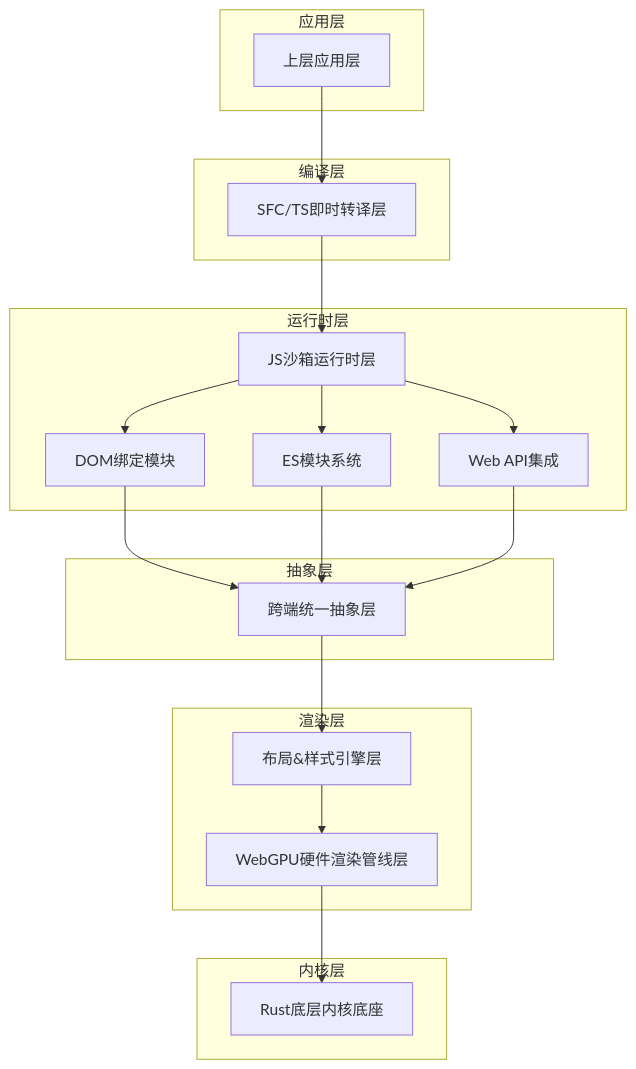
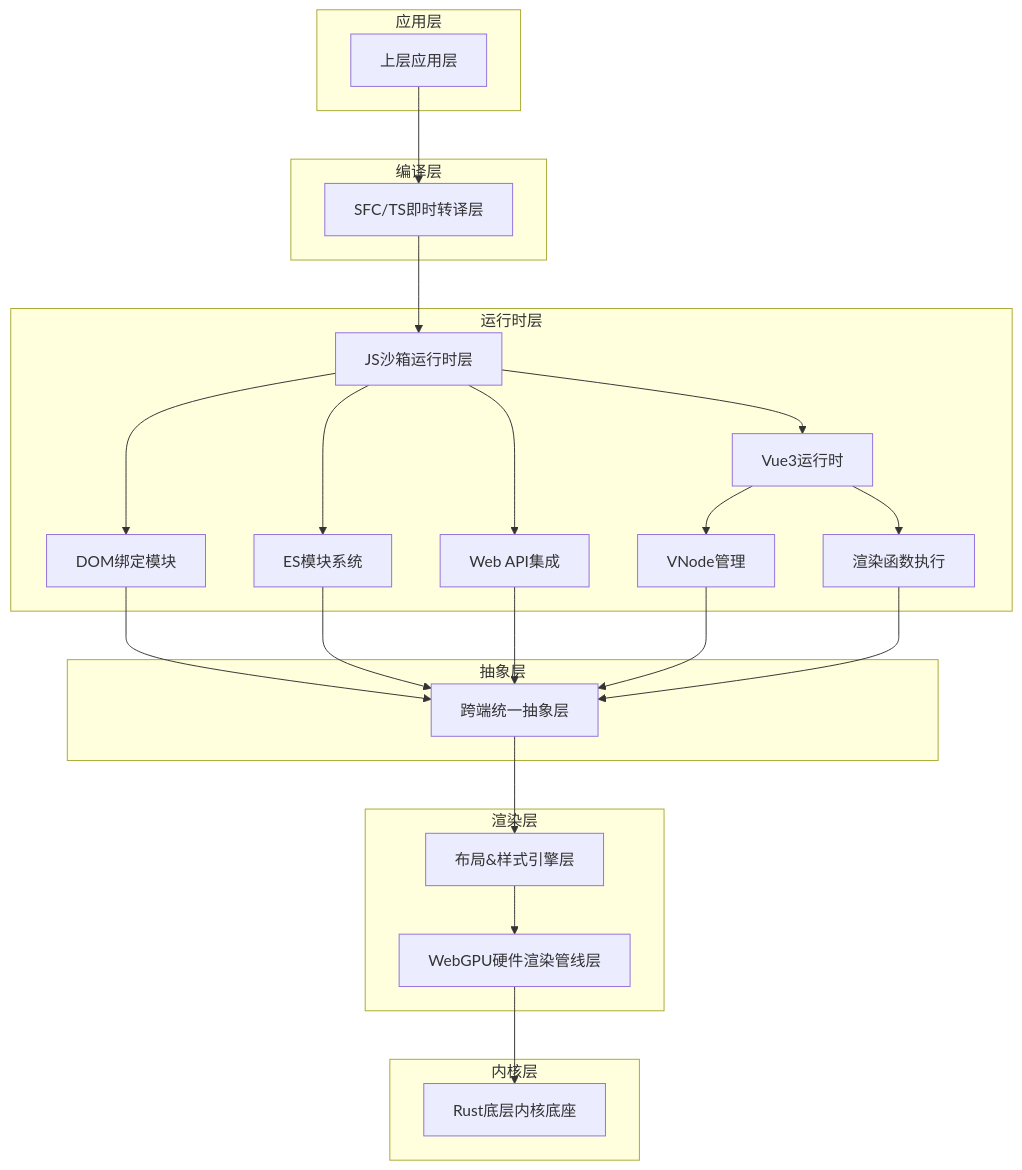
Before and after one commit to itszzl-sudo/iris: the first of 17 diagrams in .qoder/repowiki/zh/content/技术架构详解/JS沙箱运行时.md, drawn with Mermaid. The commit also changed other lines of this file and 8 other files, not shown here.

````diff
--- a/.qoder/repowiki/zh/content/技术架构详解/JS沙箱运行时.md
+++ b/.qoder/repowiki/zh/content/技术架构详解/JS沙箱运行时.md
@@ -52,36 +54,44 @@
 ```mermaid
 graph TB
 subgraph "应用层"
 App[上层应用层]
 end
 subgraph "编译层"
 SFC[SFC/TS即时转译层]
 end
 subgraph "运行时层"
 Sandbox[JS沙箱运行时层]
 DOM[DOM绑定模块]
 ESM[ES模块系统]
 WebAPI[Web API集成]
+VueRuntime[Vue3运行时]
+VNode[VNode管理]
+Render[渲染函数执行]
 end
 subgraph "抽象层"
 Abstraction[跨端统一抽象层]
 end
 subgraph "渲染层"
 Layout[布局&样式引擎层]
 GPU[WebGPU硬件渲染管线层]
 end
 subgraph "内核层"
 Kernel[Rust底层内核底座]
 end
 App --> SFC
 SFC --> Sandbox
 Sandbox --> DOM
 Sandbox --> ESM
 Sandbox --> WebAPI
+Sandbox --> VueRuntime
+VueRuntime --> VNode
+VueRuntime --> Render
 DOM --> Abstraction
 ESM --> Abstraction
 WebAPI --> Abstraction
+VNode --> Abstraction
+Render --> Abstraction
 Abstraction --> Layout
 Layout --> GPU
 GPU --> Kernel
 ```
````
